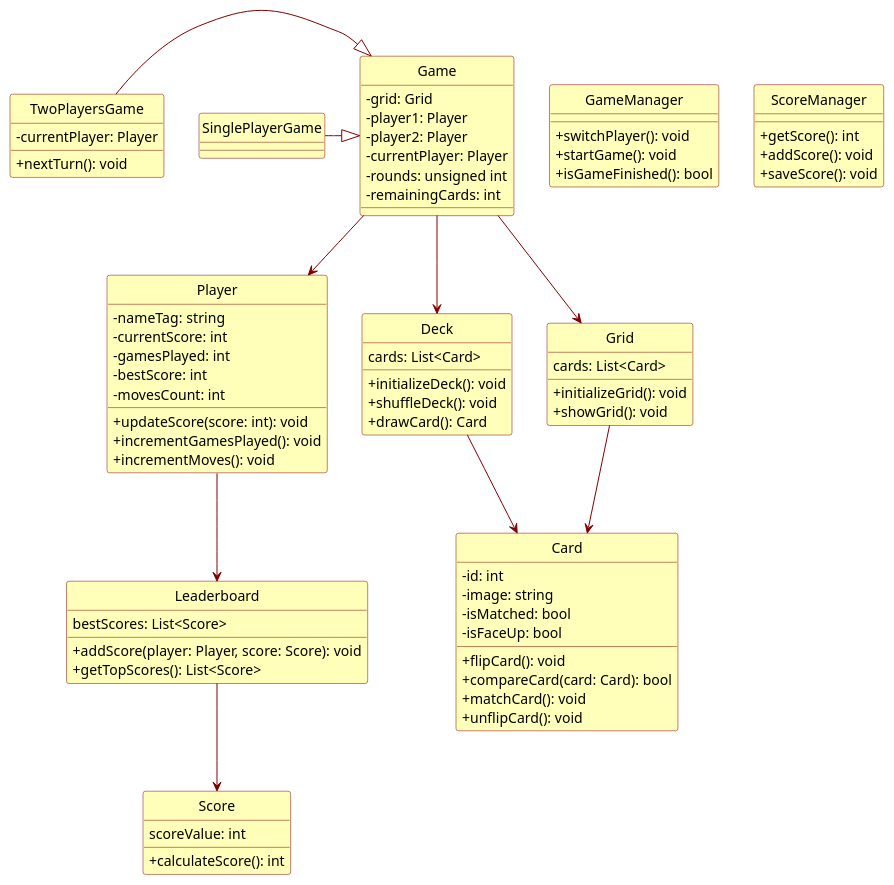
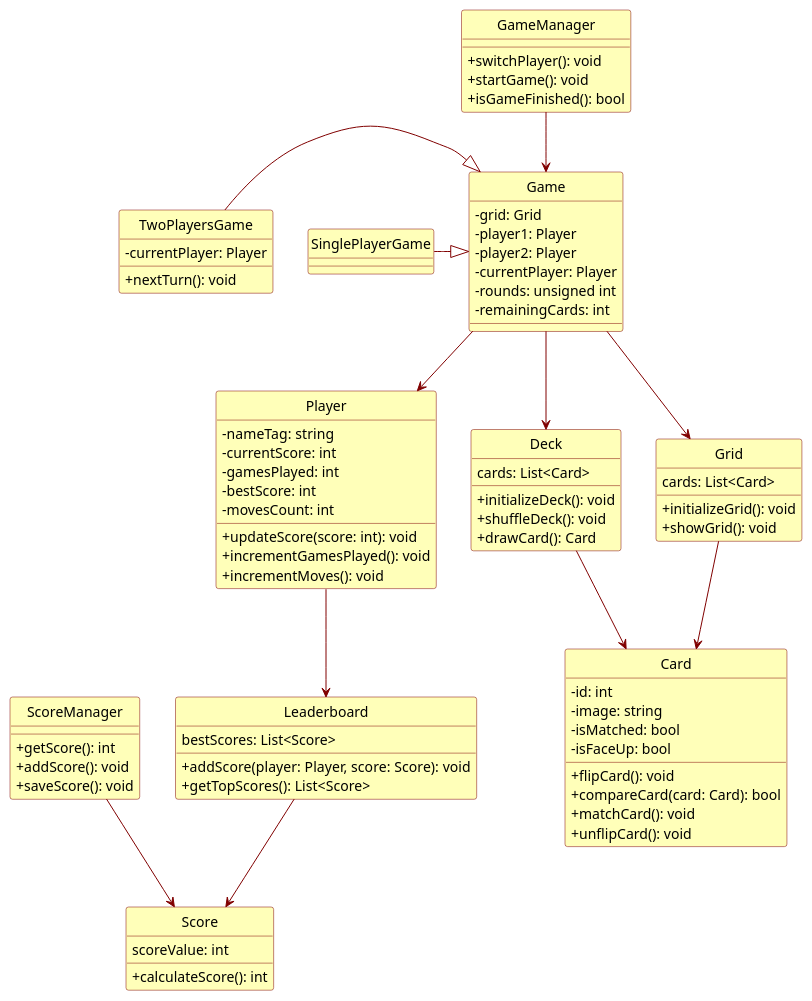
Before and after one commit to PosiTr0n505/Game-Memory: the diagram in src/Docs/Diagrammes/classes.md, drawn with PlantUML.

Commit message:
Mise à jour de 'src/Docs/Diagrammes/classes.md'

```diff
--- a/src/Docs/Diagrammes/classes.md
+++ b/src/Docs/Diagrammes/classes.md
@@ -106,11 +106,13 @@
 }
 
 ' Relations
+GameManager --> Game
 Game --> Player
 Game --> Grid
 TwoPlayersGame -|> Game
 SinglePlayerGame -|> Game
 Grid --> Card
+ScoreManager --> Score
 Leaderboard --> Score
 Player --> Leaderboard
 Game --> Deck
```
